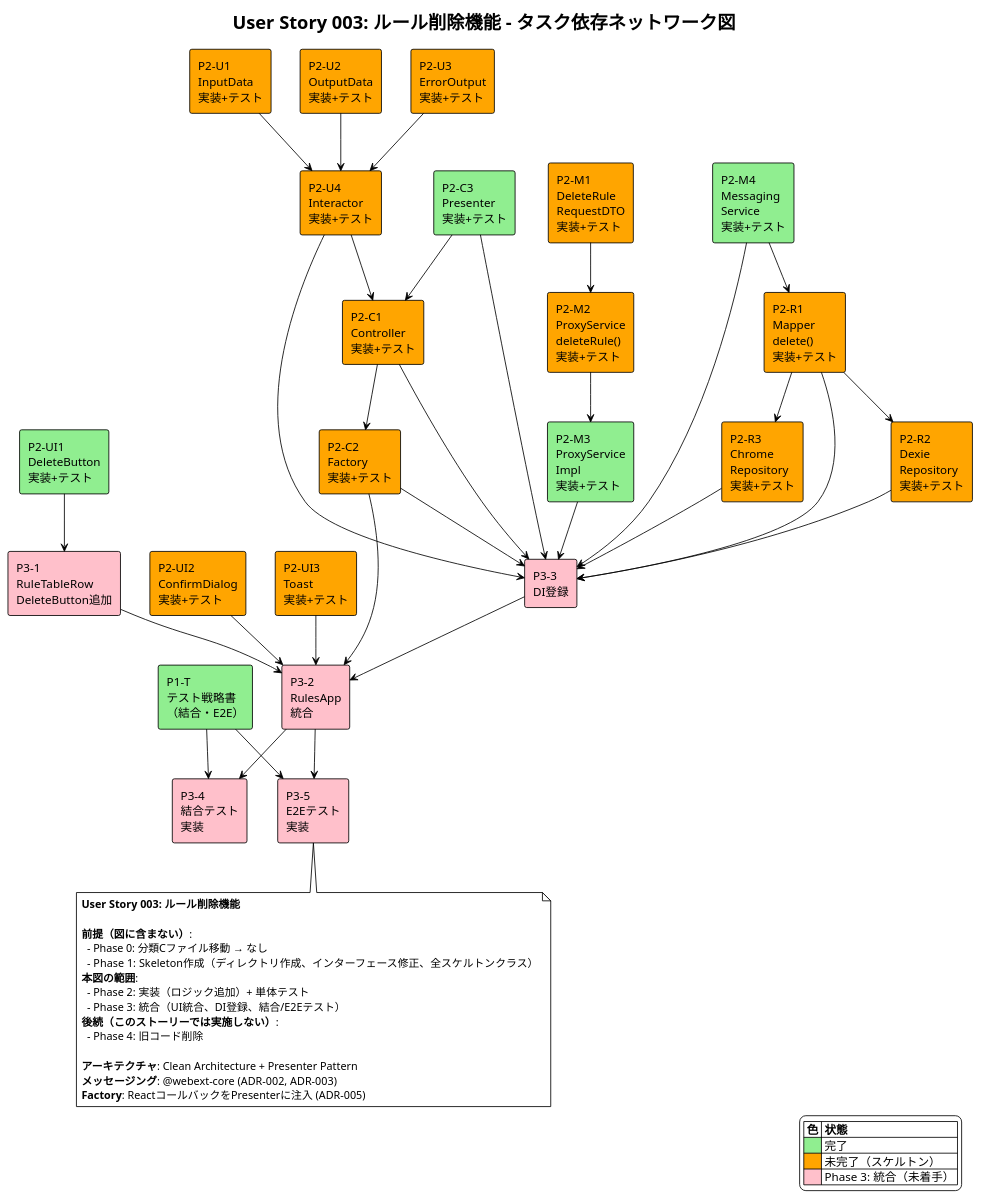
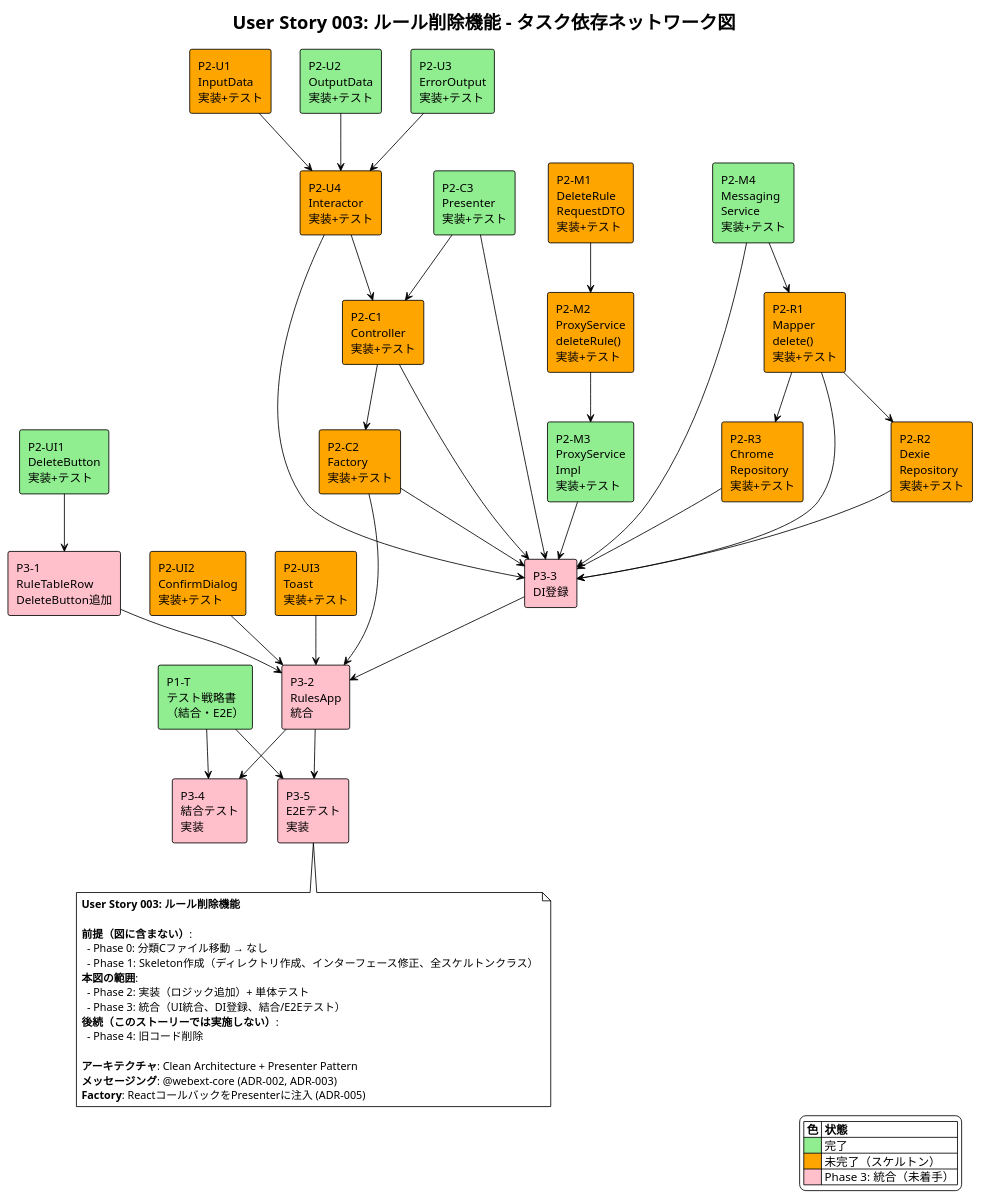
One commit to akAredminEogre/frog-frame-front changed the diagram in docs/user-stories/user-story-003/network-diagram.puml. Above: the diagram before and after it, drawn with PlantUML. The commit also changed 1 other file, not shown here.

```diff
--- a/docs/user-stories/user-story-003/network-diagram.puml
+++ b/docs/user-stories/user-story-003/network-diagram.puml
@@ -1,103 +1,103 @@
 @startuml user-story-003-network-diagram
 !theme plain
 title User Story 003: ルール削除機能 - タスク依存ネットワーク図
 
 ' Phase 1: テスト戦略書
 rectangle "P1-T\nテスト戦略書\n（結合・E2E）" as testStrategy #lightgreen
 
 ' Phase 2: 実装 - メッセージング
 rectangle "P2-M1\nDeleteRule\nRequestDTO\n実装+テスト" as requestDtoImpl #orange
 rectangle "P2-M2\nProxyService\ndeleteRule()\n実装+テスト" as proxyImpl #orange
 rectangle "P2-M3\nProxyService\nImpl\n実装+テスト" as proxyImplImpl #lightgreen
 rectangle "P2-M4\nMessaging\nService\n実装+テスト" as msgImpl #lightgreen
 
 ' Phase 2: 実装 - Mapper/Repository
 rectangle "P2-R1\nMapper\ndelete()\n実装+テスト" as mapperImpl #orange
 rectangle "P2-R2\nDexie\nRepository\n実装+テスト" as dexieImpl #orange
 rectangle "P2-R3\nChrome\nRepository\n実装+テスト" as chromeImpl #orange
 
 ' Phase 2: 実装 - UseCase
 rectangle "P2-U1\nInputData\n実装+テスト" as inputImpl #orange
-rectangle "P2-U2\nOutputData\n実装+テスト" as outputImpl #orange
-rectangle "P2-U3\nErrorOutput\n実装+テスト" as errorImpl #orange
+rectangle "P2-U2\nOutputData\n実装+テスト" as outputImpl #lightgreen
+rectangle "P2-U3\nErrorOutput\n実装+テスト" as errorImpl #lightgreen
 rectangle "P2-U4\nInteractor\n実装+テスト" as interactorImpl #orange
 
 ' Phase 2: 実装 - Controller/Presenter
 rectangle "P2-C1\nController\n実装+テスト" as controllerImpl #orange
 rectangle "P2-C2\nFactory\n実装+テスト" as factoryImpl #orange
 rectangle "P2-C3\nPresenter\n実装+テスト" as presenterImpl #lightgreen
 
 ' Phase 2: 実装 - UI
 rectangle "P2-UI1\nDeleteButton\n実装+テスト" as deleteBtnImpl #lightgreen
 rectangle "P2-UI2\nConfirmDialog\n実装+テスト" as confirmImpl #orange
 rectangle "P2-UI3\nToast\n実装+テスト" as toastImpl #orange
 
 ' Phase 3: 統合
 rectangle "P3-1\nRuleTableRow\nDeleteButton追加" as tableRowInteg #pink
 rectangle "P3-2\nRulesApp\n統合" as rulesAppInteg #pink
 rectangle "P3-3\nDI登録" as diReg #pink
 rectangle "P3-4\n結合テスト\n実装" as integrationTest #pink
 rectangle "P3-5\nE2Eテスト\n実装" as e2eTest #pink
 
 ' 依存関係: Phase 2 内部
 requestDtoImpl --> proxyImpl
 proxyImpl --> proxyImplImpl
 msgImpl --> mapperImpl
 mapperImpl --> dexieImpl
 mapperImpl --> chromeImpl
 inputImpl --> interactorImpl
 outputImpl --> interactorImpl
 errorImpl --> interactorImpl
 interactorImpl --> controllerImpl
 presenterImpl --> controllerImpl
 controllerImpl --> factoryImpl
 
 ' 依存関係: Phase 2 → Phase 3
 deleteBtnImpl --> tableRowInteg
 tableRowInteg --> rulesAppInteg
 confirmImpl --> rulesAppInteg
 toastImpl --> rulesAppInteg
 factoryImpl --> rulesAppInteg
 controllerImpl --> diReg
 presenterImpl --> diReg
 factoryImpl --> diReg
 interactorImpl --> diReg
 proxyImplImpl --> diReg
 msgImpl --> diReg
 mapperImpl --> diReg
 dexieImpl --> diReg
 chromeImpl --> diReg
 diReg --> rulesAppInteg
 
 ' 依存関係: テスト
 testStrategy --> integrationTest
 testStrategy --> e2eTest
 rulesAppInteg --> integrationTest
 rulesAppInteg --> e2eTest
 
 ' 凡例
 legend right
   |= 色 |= 状態 |
   | <#lightgreen> | 完了 |
   | <#orange> | 未完了（スケルトン） |
   | <#pink> | Phase 3: 統合（未着手） |
 endlegend
 
 note bottom
 **User Story 003: ルール削除機能**
 
 **前提（図に含まない）**:
   - Phase 0: 分類Cファイル移動 → なし
   - Phase 1: Skeleton作成（ディレクトリ作成、インターフェース修正、全スケルトンクラス）
 **本図の範囲**:
   - Phase 2: 実装（ロジック追加）+ 単体テスト
   - Phase 3: 統合（UI統合、DI登録、結合/E2Eテスト）
 **後続（このストーリーでは実施しない）**:
   - Phase 4: 旧コード削除
 
 **アーキテクチャ**: Clean Architecture + Presenter Pattern
 **メッセージング**: @webext-core (ADR-002, ADR-003)
 **Factory**: ReactコールバックをPresenterに注入 (ADR-005)
 end note
 
 @enduml
```
